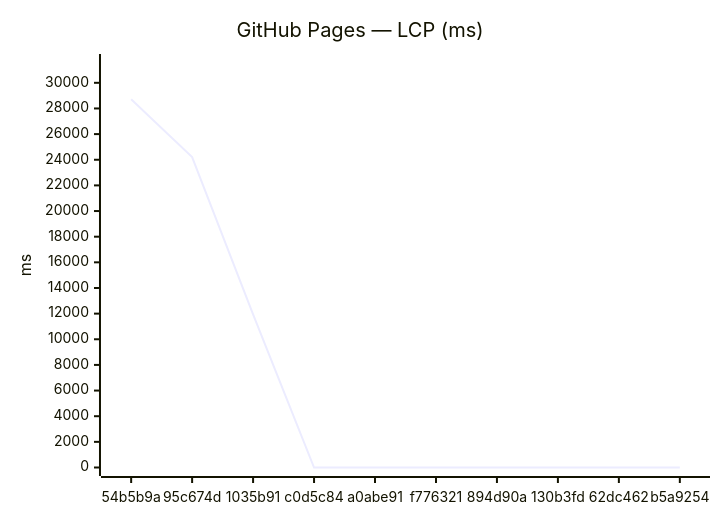
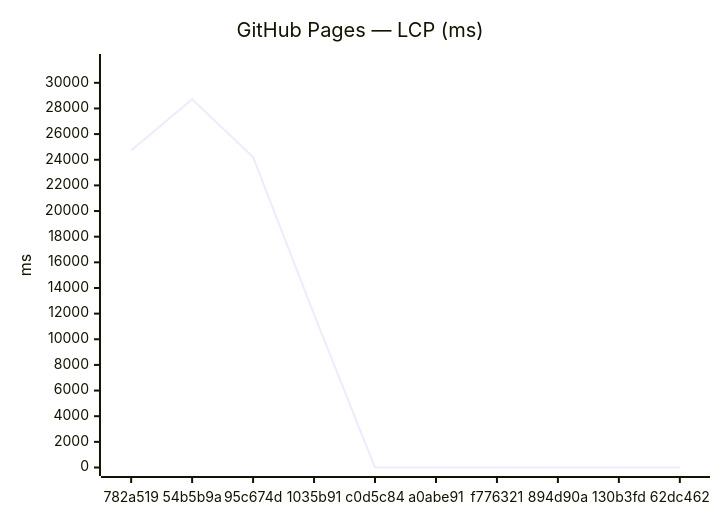
One commit to Metaheurist/Rianell changed the third of 18 diagrams in benchmarks/compare.md. Above: the diagram before and after it, drawn with Mermaid. The commit also changed other lines of this file and 11 other files, not shown here.

````diff
--- a/benchmarks/compare.md
+++ b/benchmarks/compare.md
@@ -54,7 +54,7 @@
 ```mermaid
 xychart-beta
     title "GitHub Pages — LCP (ms)"
-    x-axis ["54b5b9a", "95c674d", "1035b91", "c0d5c84", "a0abe91", "f776321", "894d90a", "130b3fd", "62dc462", "b5a9254"]
+    x-axis ["782a519", "54b5b9a", "95c674d", "1035b91", "c0d5c84", "a0abe91", "f776321", "894d90a", "130b3fd", "62dc462"]
     y-axis "ms" 0 --> 31584
-    line [28712, 24213, 11936, 0, 0, 0, 0, 0, 0, 0]
+    line [24725, 28712, 24213, 11936, 0, 0, 0, 0, 0, 0]
 ```
````
